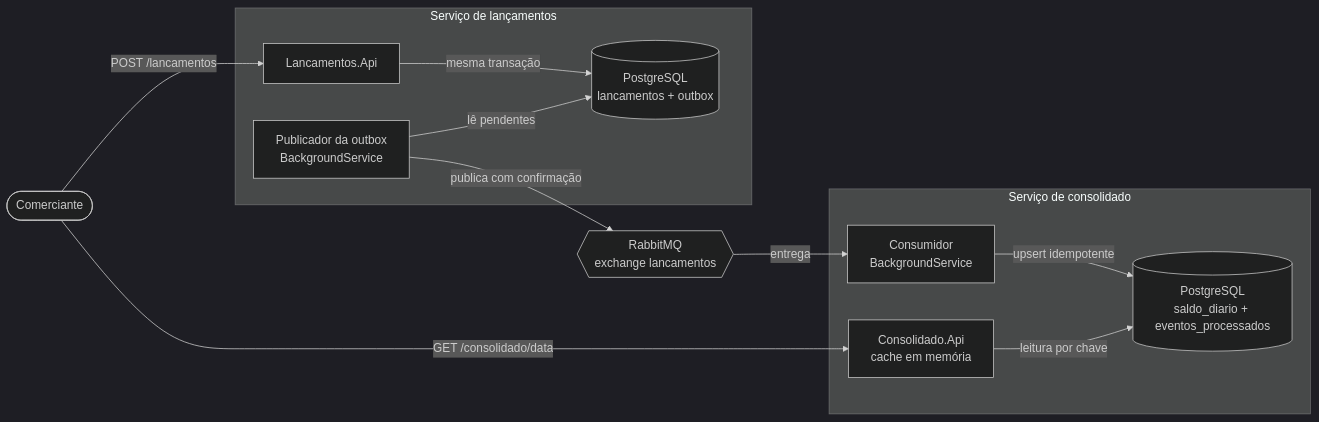
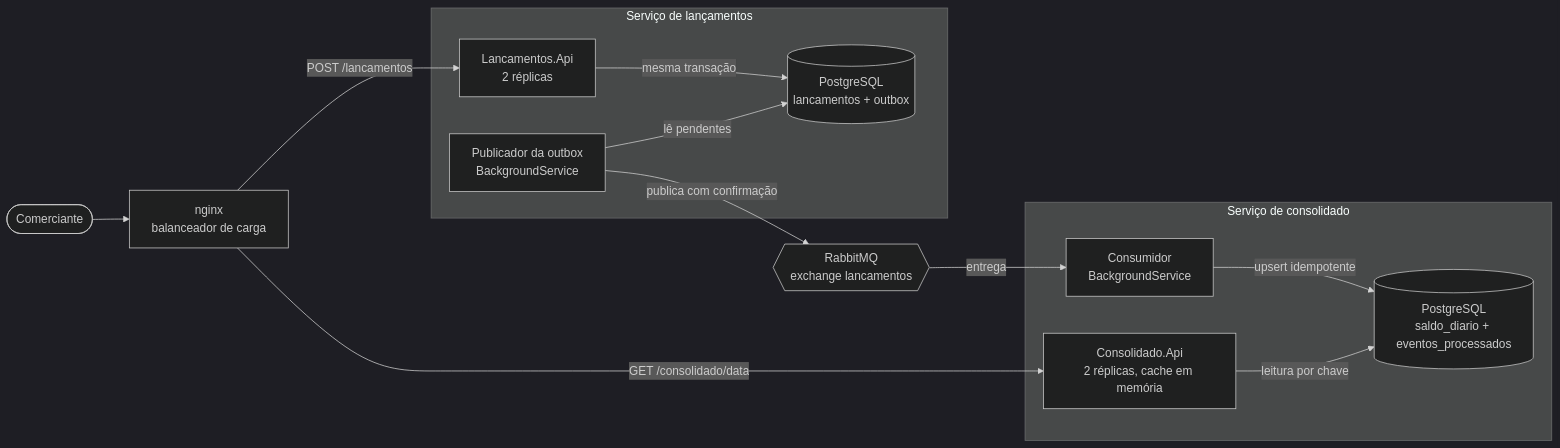
The diagram in README.md (miltoncamara/Verity_FluxoDeCaixa), drawn with Mermaid (dark theme) before and after one commit. The commit also changed other lines of this file and 2 other files, not shown here.

Commit message:
Documenta escalabilidade, réplicas e balanceamento

````diff
--- a/README.md
+++ b/README.md
@@ -27,27 +27,29 @@
 ```mermaid
 flowchart LR
     Cliente([Comerciante])
+    Nginx[nginx<br/>balanceador de carga]
 
     subgraph Lancamentos[Serviço de lançamentos]
-        LApi[Lancamentos.Api]
+        LApi[Lancamentos.Api<br/>2 réplicas]
         Pub[Publicador da outbox<br/>BackgroundService]
         LDb[(PostgreSQL<br/>lancamentos + outbox)]
     end
 
     Rabbit{{RabbitMQ<br/>exchange lancamentos}}
 
     subgraph Consolidado[Serviço de consolidado]
         Cons[Consumidor<br/>BackgroundService]
-        CApi[Consolidado.Api<br/>cache em memória]
+        CApi[Consolidado.Api<br/>2 réplicas, cache em memória]
         CDb[(PostgreSQL<br/>saldo_diario + eventos_processados)]
     end
 
-    Cliente -- POST /lancamentos --> LApi
-    Cliente -- GET /consolidado/data --> CApi
+    Cliente --> Nginx
+    Nginx -- POST /lancamentos --> LApi
+    Nginx -- GET /consolidado/data --> CApi
     LApi -- mesma transação --> LDb
     Pub -- lê pendentes --> LDb
     Pub -- publica com confirmação --> Rabbit
     Rabbit -- entrega --> Cons
     Cons -- upsert idempotente --> CDb
     CApi -- leitura por chave --> CDb
 ```
````
